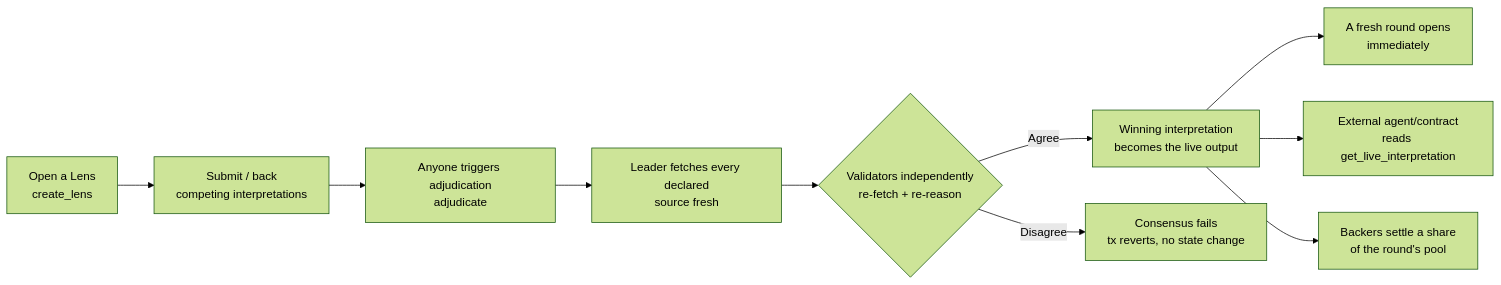
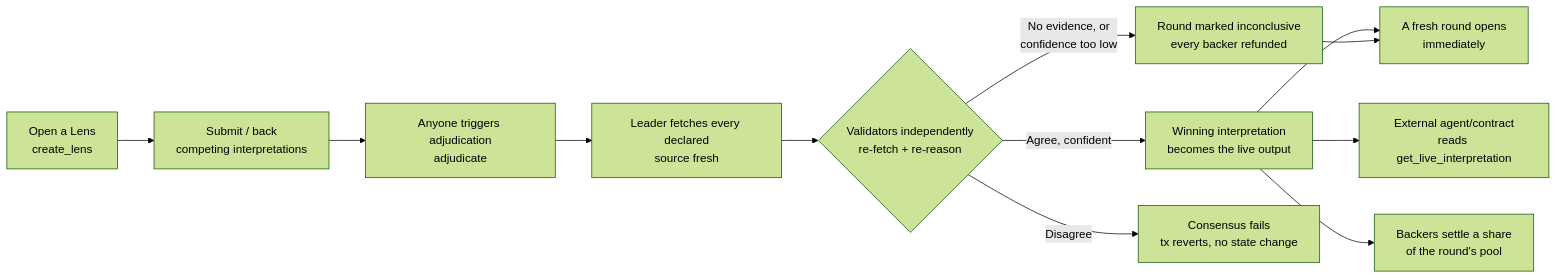
One commit to Fortune9thx/lens changed the diagram in README.md. Above: the diagram before and after it, drawn with Mermaid (forest theme). The commit also changed other lines of this file and 27 other files, not shown here.

````diff
--- a/README.md
+++ b/README.md
@@ -36,12 +36,14 @@
 ```mermaid
 flowchart LR
     A[Open a Lens<br/>create_lens] --> B[Submit / back<br/>competing interpretations]
     B --> C[Anyone triggers adjudication<br/>adjudicate]
     C --> D[Leader fetches every declared<br/>source fresh]
     D --> E{Validators independently<br/>re-fetch + re-reason}
-    E -->|Agree| F[Winning interpretation<br/>becomes the live output]
+    E -->|Agree, confident| F[Winning interpretation<br/>becomes the live output]
+    E -->|No evidence, or<br/>confidence too low| K[Round marked inconclusive<br/>every backer refunded]
     E -->|Disagree| G[Consensus fails<br/>tx reverts, no state change]
     F --> H[A fresh round opens<br/>immediately]
     F --> I[External agent/contract<br/>reads get_live_interpretation]
     F --> J[Backers settle a share<br/>of the round's pool]
+    K --> H
 ```
````
